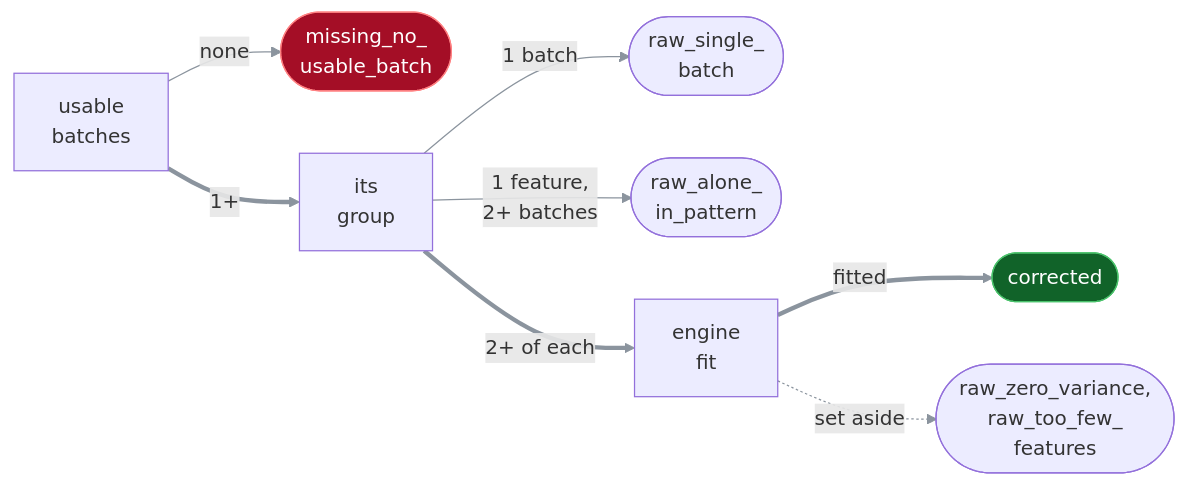
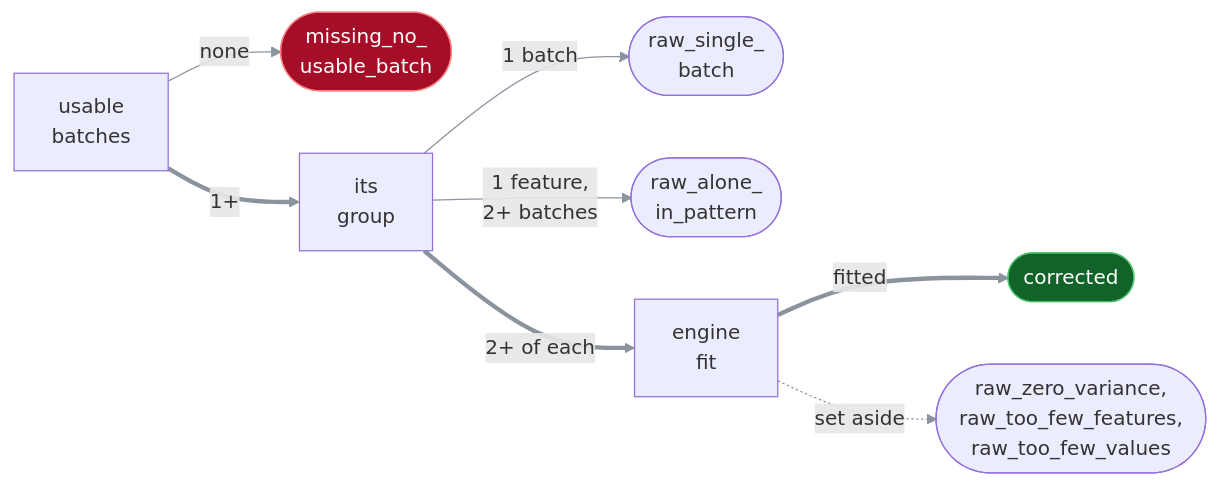
The diagram in wiki/Pipeline.md (LangeLab/HarmonizePy), drawn with Mermaid before and after one commit. The commit also changed 8 other files, not shown here.

````diff
--- a/wiki/Pipeline.md
+++ b/wiki/Pipeline.md
@@ -7,13 +7,13 @@
 ```mermaid
 flowchart LR
     A[usable<br/>batches] -- none --> M([missing_no_<br/>usable_batch]):::fail
     A == 1+ ==> G[its<br/>group]
     G -- 1 batch --> R2([raw_single_<br/>batch])
     G -- "1 feature,<br/>2+ batches" --> R1([raw_alone_<br/>in_pattern])
     G == 2+ of each ==> E[engine<br/>fit]
     E == fitted ==> OK([corrected]):::ok
-    E -. set aside .-> R3([raw_zero_variance,<br/>raw_too_few_<br/>features])
+    E -. set aside .-> R3([raw_zero_variance,<br/>raw_too_few_features,<br/>raw_too_few_values])
     classDef ok fill:#116329,stroke:#4ac26b,color:#ffffff
     classDef fail fill:#a40e26,stroke:#ff8182,color:#ffffff
     linkStyle default stroke:#8b949e
 ```
````
